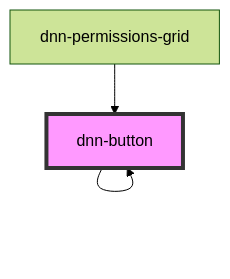
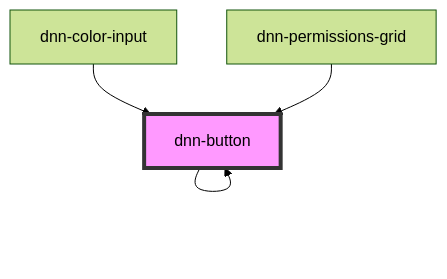
One commit to DNNCommunity/dnn-elements changed the diagram in packages/stencil-library/src/components/dnn-button/readme.md. Above: the diagram before and after it, drawn with Mermaid (forest theme). The commit also changed other lines of this file and 14 other files, not shown here.

First line of the commit message:
Added dnn-color-input element

````diff
--- a/packages/stencil-library/src/components/dnn-button/readme.md
+++ b/packages/stencil-library/src/components/dnn-button/readme.md
@@ -62,6 +63,7 @@
 ```mermaid
 graph TD;
   dnn-button --> dnn-button
+  dnn-color-input --> dnn-button
   dnn-permissions-grid --> dnn-button
   style dnn-button fill:#f9f,stroke:#333,stroke-width:4px
 ```
````
